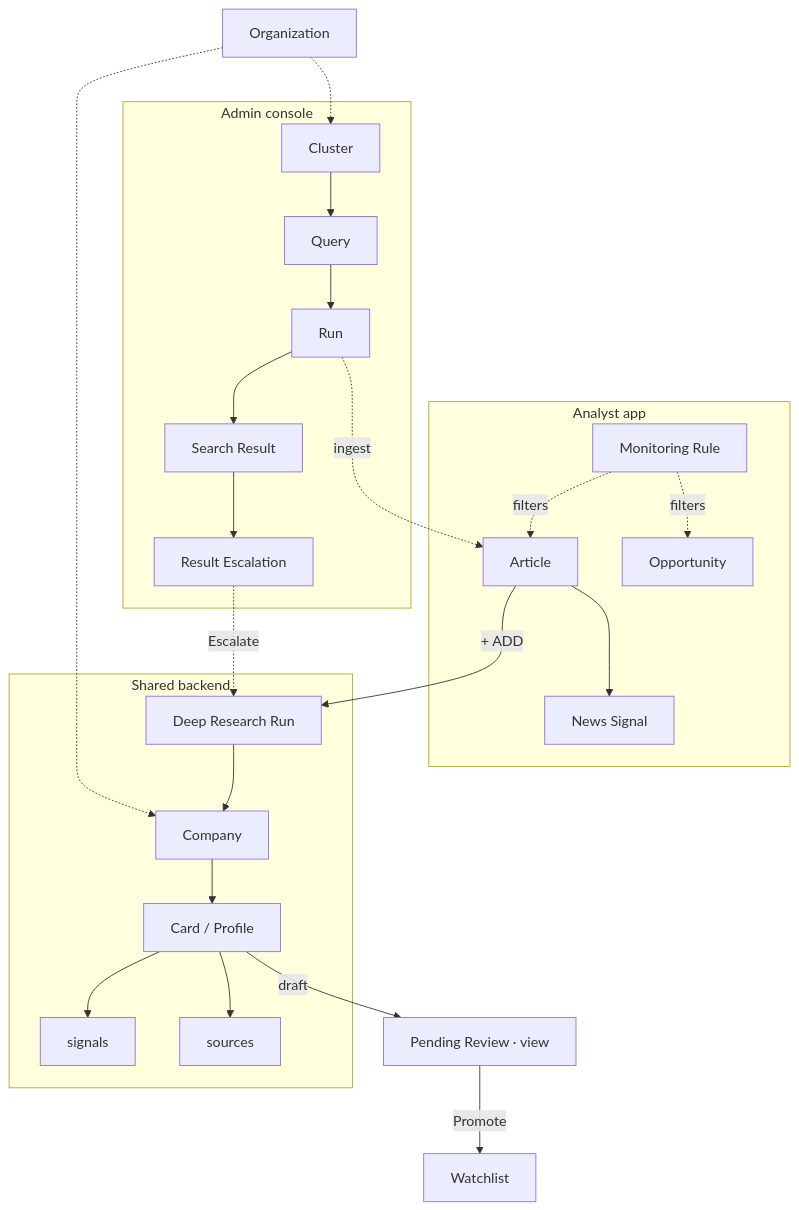
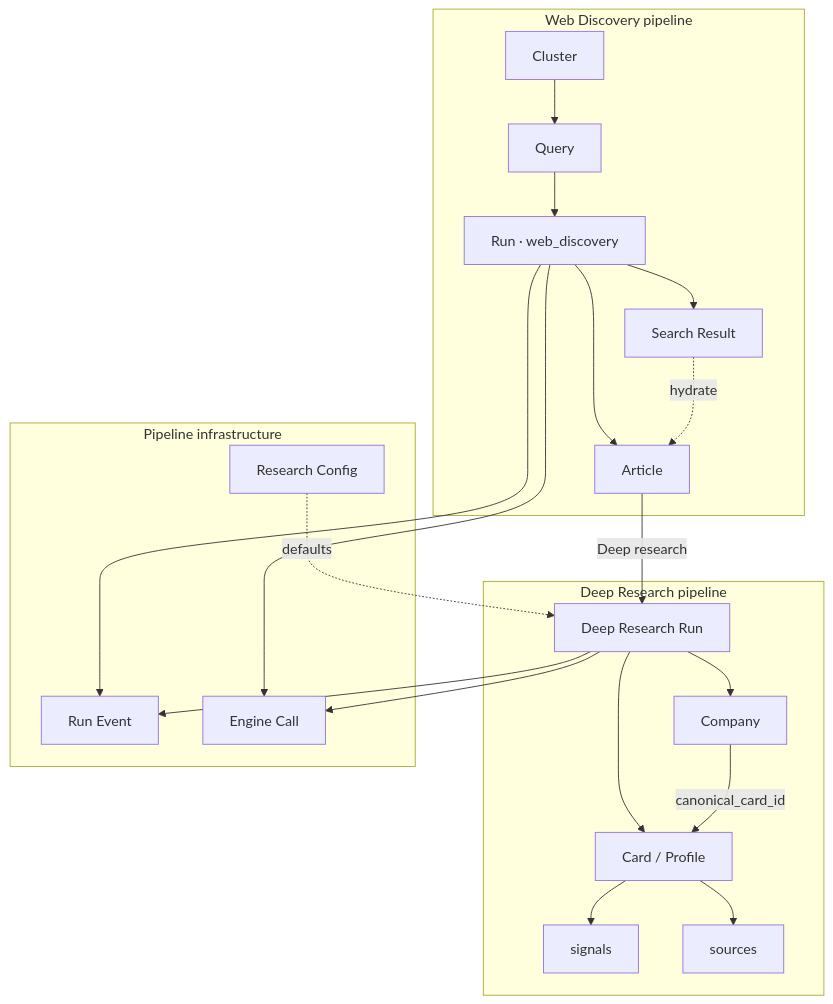
The first of 6 diagrams in docs/phase-1/P1-03.md (Growth-Maschine/NORAD-INTEL-ENGINE-V1), drawn with Mermaid before and after one commit. The commit also changed other lines of this file and 12 other files, not shown here.

Commit message:
docs(phase-1): align P1-00 through P1-06 with current single-app build Update workflows, objects, fields, screens, and backend actions to match Web Discovery enrich, Deep research, and retired Today page features.

````diff
--- a/docs/phase-1/P1-03.md
+++ b/docs/phase-1/P1-03.md
@@ -102,45 +83,39 @@
 ```mermaid
 flowchart TD
-    ORG[Organization]
-
-    subgraph Admin["Admin console"]
+    subgraph WebDiscovery["Web Discovery pipeline"]
         CL[Cluster]
         Q[Query]
-        RUN[Run]
+        RUN[Run · web_discovery]
         SR[Search Result]
-        ESC[Result Escalation]
+        ART[Article]
     end
 
-    subgraph Analyst["Analyst app"]
-        ART[Article]
-        NS[News Signal]
-        MR[Monitoring Rule]
-        OPP[Opportunity]
-    end
-
-    subgraph Shared["Shared backend"]
+    subgraph DeepResearch["Deep Research pipeline"]
         DRR[Deep Research Run]
         CO[Company]
         CARD[Card / Profile]
         SIG[signals]
         SRC[sources]
     end
 
-    ORG -.-> CL
-    ORG -.-> CO
+    subgraph Infra["Pipeline infrastructure"]
+        RE[Run Event]
+        EC[Engine Call]
+        RC[Research Config]
+    end
 
     CL --> Q --> RUN --> SR
-    SR --> ESC
-    ESC -.->|Escalate| DRR
-
-    RUN -.->|ingest| ART --> NS
-    MR -.->|filters| ART
-    MR -.->|filters| OPP
-
-    ART -->|+ ADD| DRR
-    DRR --> CO --> CARD
+    RUN --> ART
+    SR -.->|hydrate| ART
+  ART -->|Deep research| DRR
+    DRR --> CO
+    DRR --> CARD
     CARD --> SIG
     CARD --> SRC
-    CARD -->|draft| PR[Pending Review · view]
-    PR -->|Promote| WL[Watchlist]
+    CO -->|canonical_card_id| CARD
+    RUN --> RE
+    DRR --> RE
+    RUN --> EC
+    DRR --> EC
+    RC -.->|defaults| DRR
 ```
````
